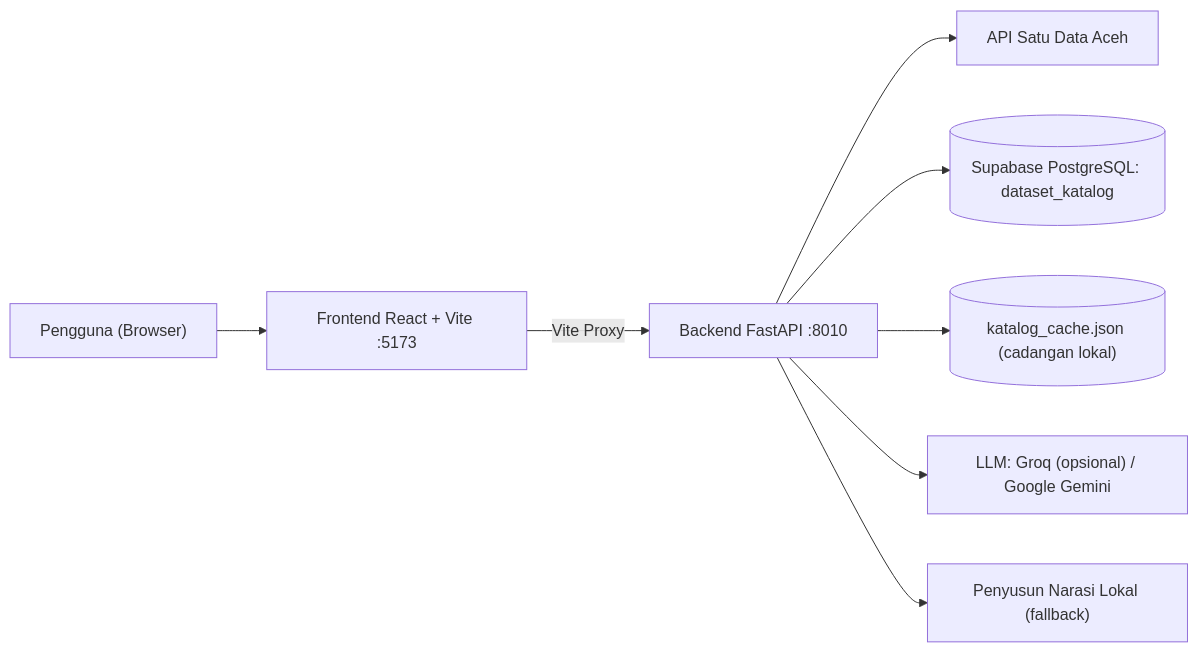
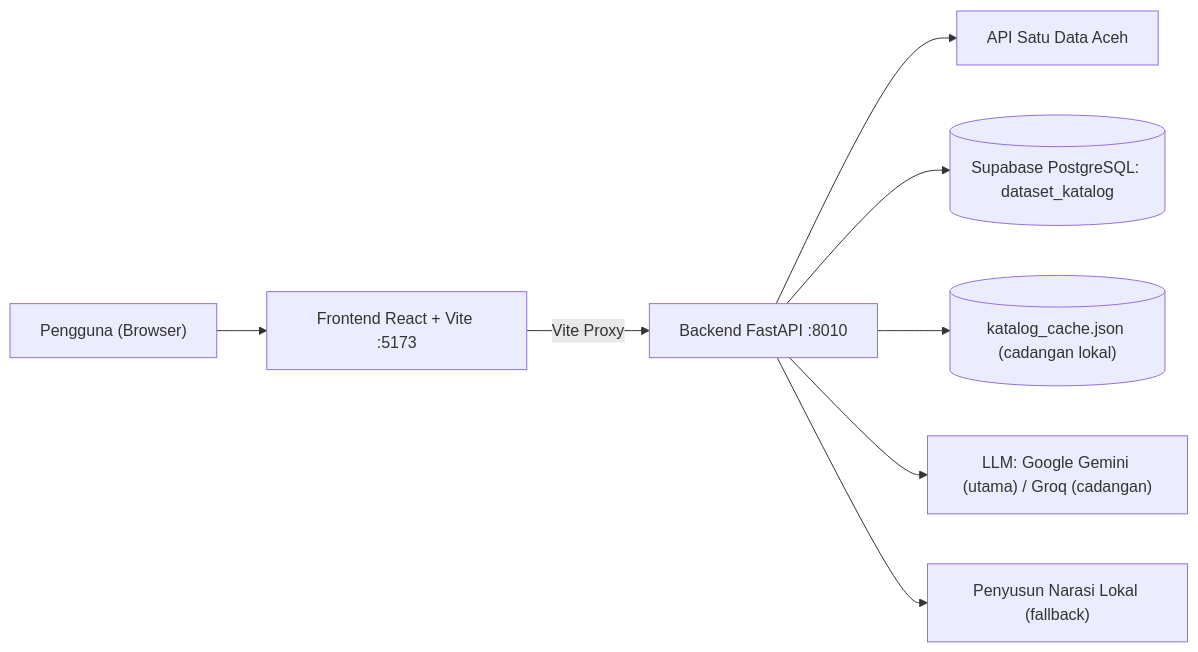
One commit to deazasqiamalau/AI-Narasi-Laporan-KKP changed the first of 2 diagrams in README.md. Above: the diagram before and after it, drawn with Mermaid. The commit also changed other lines of this file and 1 other file, not shown here.

````diff
--- a/README.md
+++ b/README.md
@@ -72,10 +72,10 @@
 ```mermaid
 flowchart LR
     U["Pengguna (Browser)"] --> FE["Frontend React + Vite :5173"]
     FE -- "Vite Proxy" --> BE["Backend FastAPI :8010"]
     BE --> SDA["API Satu Data Aceh"]
     BE --> SB[("Supabase PostgreSQL: dataset_katalog")]
     BE --> CACHE[("katalog_cache.json (cadangan lokal)")]
-    BE --> LLM["LLM: Groq (opsional) / Google Gemini"]
+    BE --> LLM["LLM: Google Gemini (utama) / Groq (cadangan)"]
     BE --> LOKAL["Penyusun Narasi Lokal (fallback)"]
 ```
````
